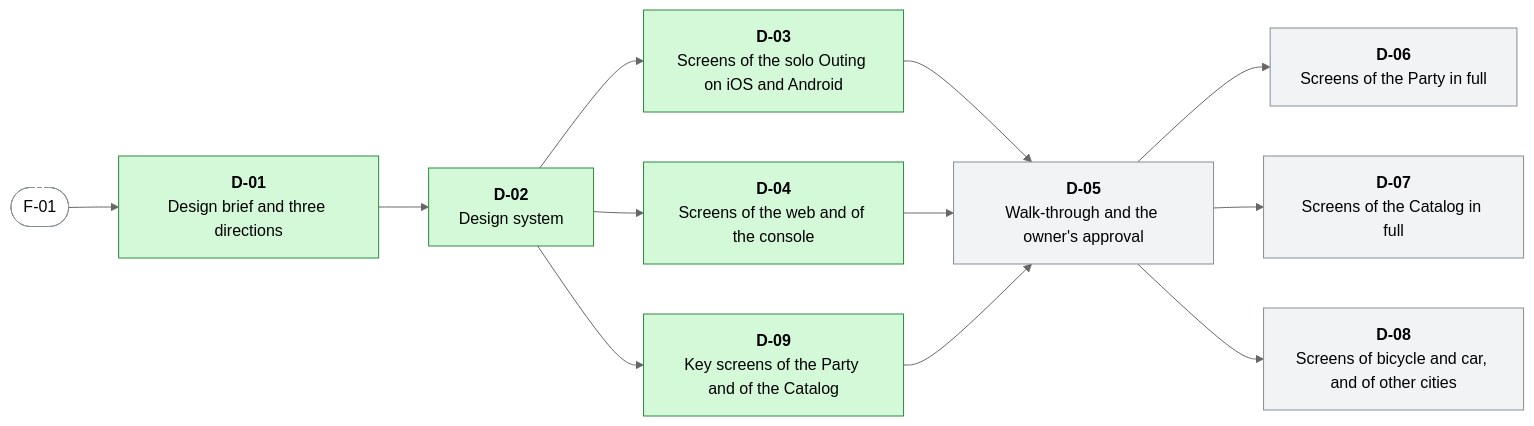
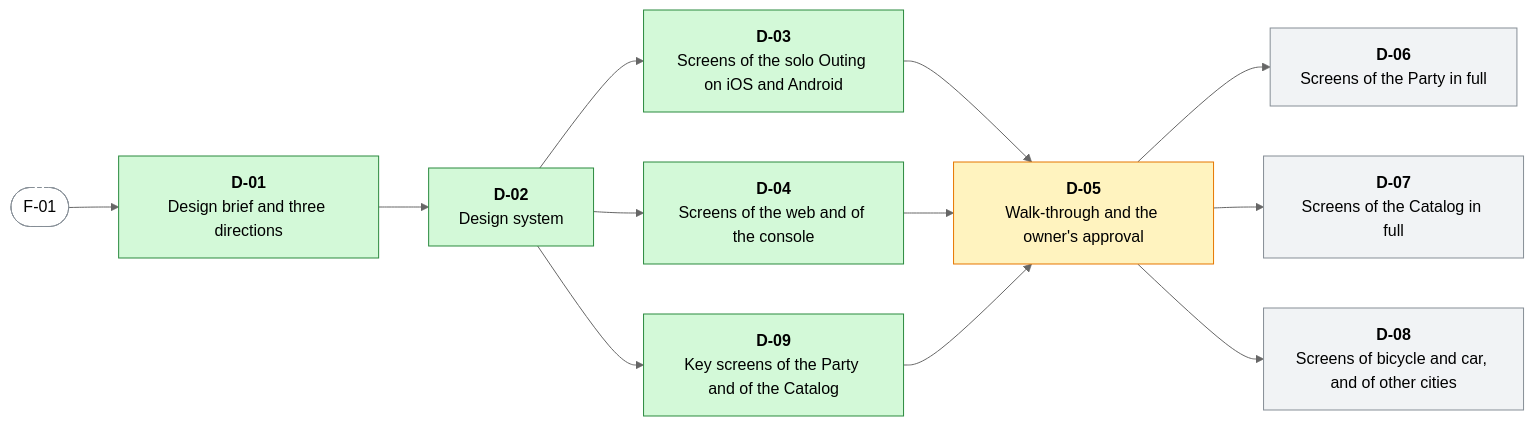
The second of 17 diagrams in docs/WORK-PLAN.md (menisika/Smart-Tour-Guide-and-Itinerary-Planner), drawn with Mermaid (neutral theme) before and after one commit. The commit also changed other lines of this file, not shown here.

First line of the commit message:
docs(docs): start the walk-through of the design

````diff
--- a/docs/WORK-PLAN.md
+++ b/docs/WORK-PLAN.md
@@ -272,29 +272,29 @@
 ```mermaid
 flowchart LR
   classDef done fill:#d3f9d8,stroke:#2b8a3e,color:#000
   classDef progress fill:#fff3bf,stroke:#e67700,color:#000
   classDef blocked fill:#ffe3e3,stroke:#c92a2a,color:#000
   classDef todo fill:#f1f3f5,stroke:#868e96,color:#000
   classDef outside fill:#ffffff,stroke:#868e96,stroke-dasharray:4 3,color:#000
   D_01["<b>D-01</b><br/>Design brief and three directions"]:::done
   D_02["<b>D-02</b><br/>Design system"]:::done
   D_03["<b>D-03</b><br/>Screens of the solo Outing on iOS and Android"]:::done
   D_04["<b>D-04</b><br/>Screens of the web and of the console"]:::done
   D_09["<b>D-09</b><br/>Key screens of the Party and of the Catalog"]:::done
-  D_05["<b>D-05</b><br/>Walk-through and the owner's approval"]:::todo
+  D_05["<b>D-05</b><br/>Walk-through and the owner's approval"]:::progress
   D_06["<b>D-06</b><br/>Screens of the Party in full"]:::todo
   D_07["<b>D-07</b><br/>Screens of the Catalog in full"]:::todo
   D_08["<b>D-08</b><br/>Screens of bicycle and car, and of other cities"]:::todo
   F_01(["F-01"]):::outside
   F_01 --> D_01
   D_01 --> D_02
   D_02 --> D_03
   D_02 --> D_04
   D_02 --> D_09
   D_03 --> D_05
   D_04 --> D_05
   D_09 --> D_05
   D_05 --> D_06
   D_05 --> D_07
   D_05 --> D_08
 ```
````
